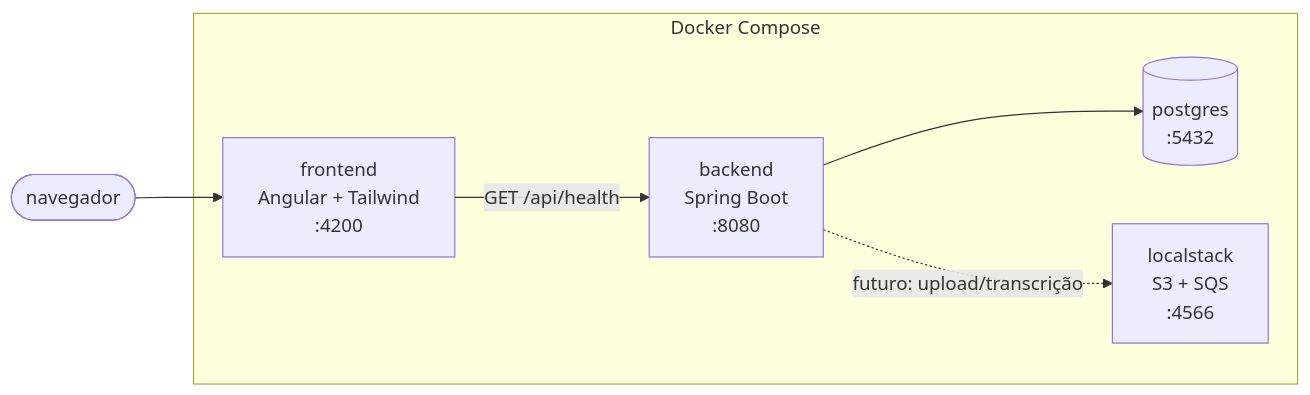
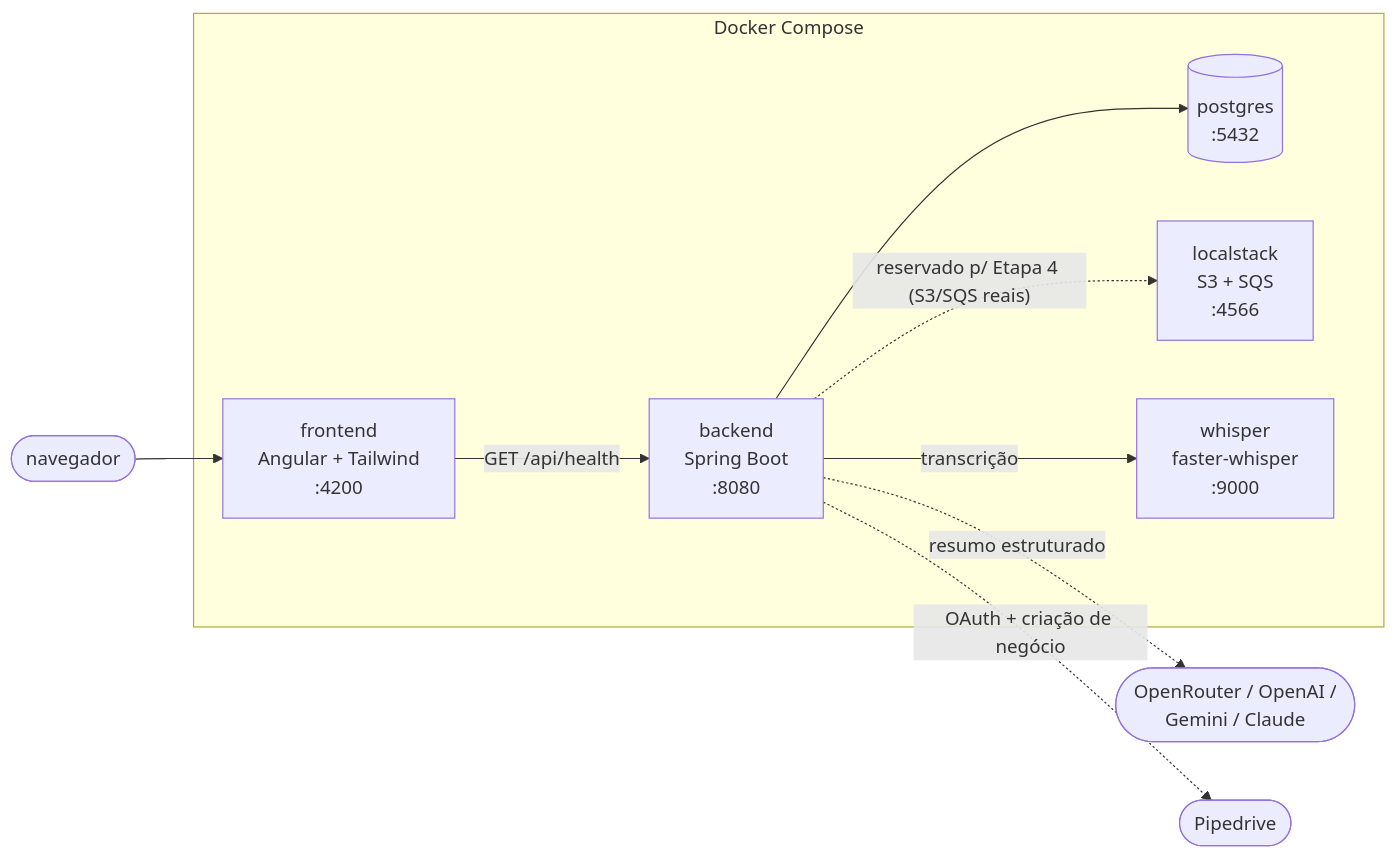
Before and after one commit to EstruttiJP/meeting-ai: the diagram in README.md, drawn with Mermaid. The commit also changed other lines of this file and 1 other file, not shown here.

````diff
--- a/README.md
+++ b/README.md
@@ -15,14 +18,21 @@
 ```mermaid
 flowchart LR
     subgraph Docker Compose
         FE["frontend<br/>Angular + Tailwind<br/>:4200"]
         BE["backend<br/>Spring Boot<br/>:8080"]
         PG[("postgres<br/>:5432")]
         LS["localstack<br/>S3 + SQS<br/>:4566"]
+        WH["whisper<br/>faster-whisper<br/>:9000"]
     end
+
+    OR(["OpenRouter / OpenAI /<br/>Gemini / Claude"])
+    PD(["Pipedrive"])
 
     Browser(["navegador"]) --> FE
     FE -- "GET /api/health" --> BE
     BE --> PG
-    BE -. "futuro: upload/transcrição" .-> LS
+    BE -- "transcrição" --> WH
+    BE -. "resumo estruturado" .-> OR
+    BE -. "OAuth + criação de negócio" .-> PD
+    BE -. "reservado p/ Etapa 4 (S3/SQS reais)" .-> LS
 ```
````
